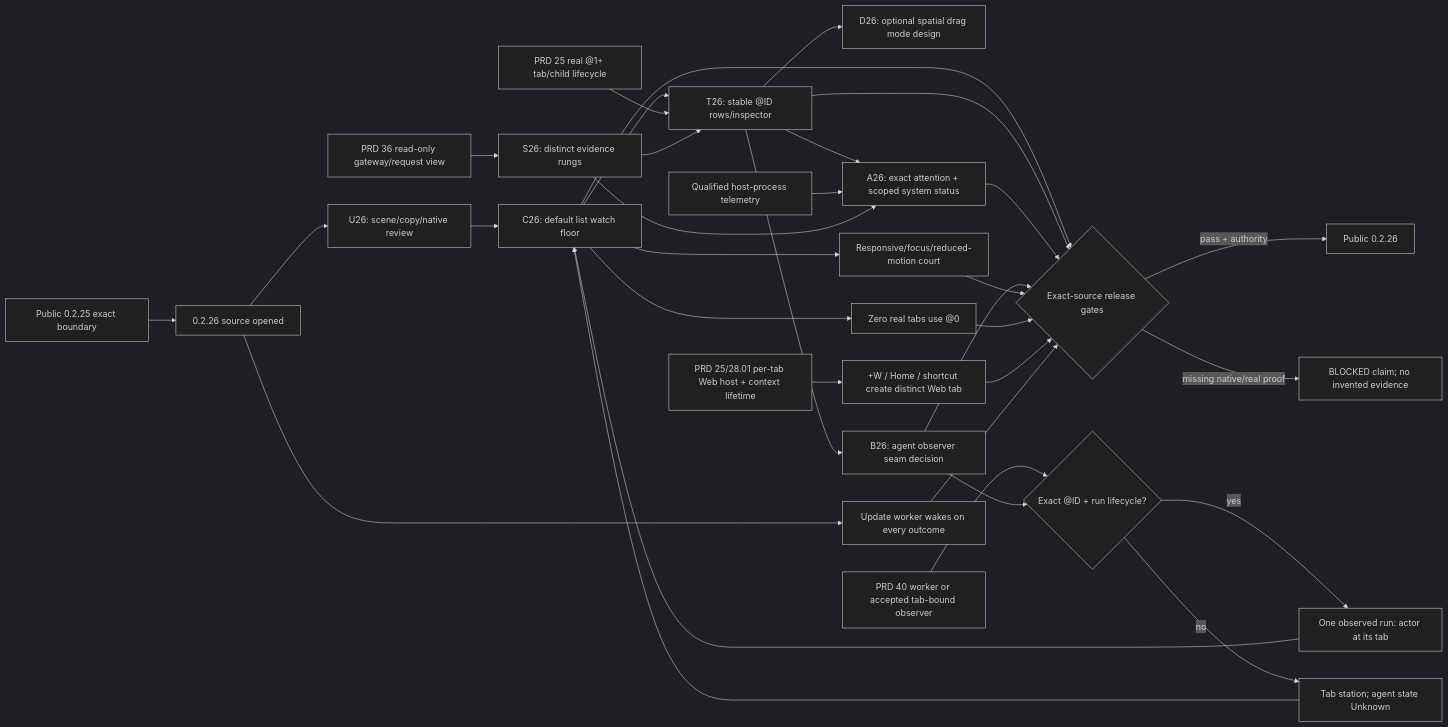
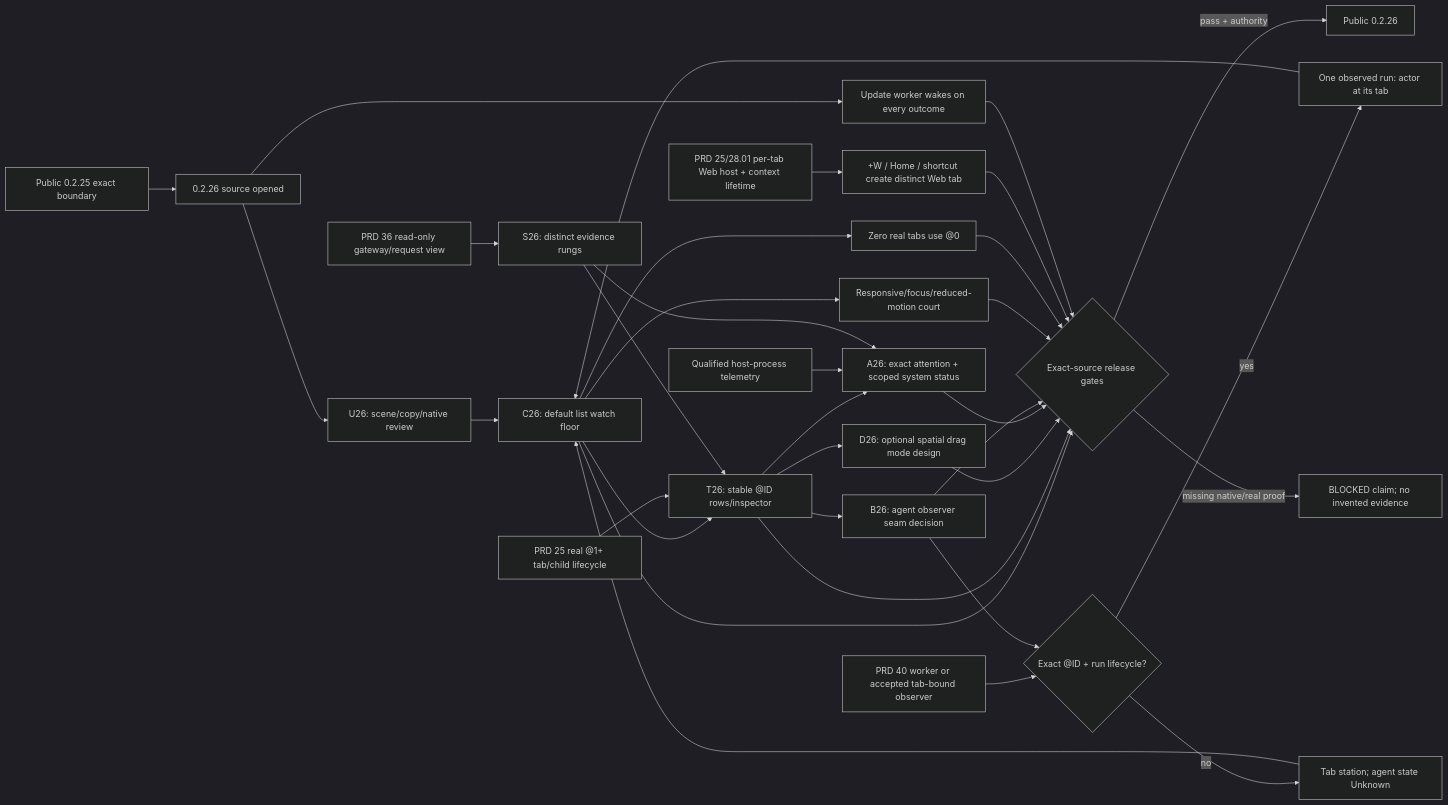
The diagram in plan/plan-v0.2.26.md (partnernetsoftware/minicon), drawn with Mermaid (dark theme) before and after one commit. The commit also changed other lines of this file and 1 other file, not shown here.

Commit message:
Align Home release plan with Visual V0 cut

````diff
--- a/plan/plan-v0.2.26.md
+++ b/plan/plan-v0.2.26.md
@@ -113,26 +113,26 @@
 ```mermaid
 flowchart LR
     P25["Public 0.2.25 exact boundary"] --> V26["0.2.26 source opened"]
     V26 --> UX["U26: scene/copy/native review"]
     UX --> HOME["C26: default list watch floor"]
     HOME --> FLEET["T26: stable @ID rows/inspector"]
     FLEET --> SPATIAL["D26: optional spatial drag mode design"]
     FLEET --> ATT["A26: exact attention + scoped system status"]
     HOME --> Z26["Zero real tabs use @0"]
     WEB["PRD 25/28.01 per-tab Web host + context lifetime"] --> W26["+W / Home / shortcut create distinct Web tab"]
     V26 --> F26["Update worker wakes on every outcome"]
     WORK["PRD 25 real @1+ tab/child lifecycle"] --> FLEET
     VIEW["PRD 36 read-only gateway/request view"] --> S26["S26: distinct evidence rungs"]
     TELE["Qualified host-process telemetry"] --> ATT
     S26 --> ATT & FLEET
     HOME --> R26["Responsive/focus/reduced-motion court"]
     APP["PRD 40 worker or accepted tab-bound observer"] --> H2{Exact @ID + run lifecycle?}
     FLEET --> B26["B26: agent observer seam decision"]
     B26 --> H2
     H2 -->|yes| ACTOR["One observed run: actor at its tab"]
     H2 -->|no| STILL["Tab station; agent state Unknown"]
     ACTOR & STILL --> HOME
-    HOME & FLEET & ATT & B26 & R26 & Z26 & W26 & F26 --> Q26{Exact-source release gates}
+    HOME & FLEET & SPATIAL & ATT & B26 & R26 & Z26 & W26 & F26 --> Q26{Exact-source release gates}
     Q26 -->|pass + authority| PUB["Public 0.2.26"]
     Q26 -->|missing native/real proof| BLOCK["BLOCKED claim; no invented evidence"]
 ```
````
